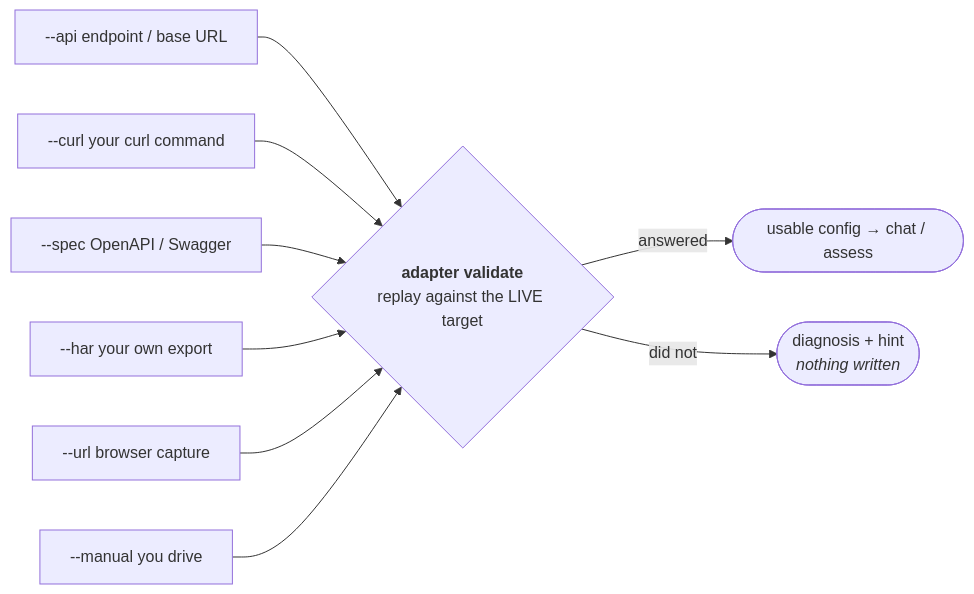
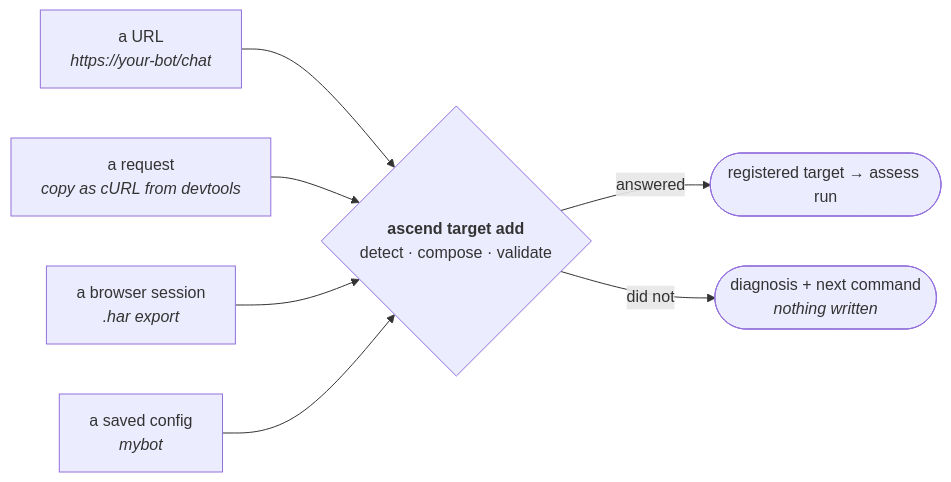
One commit to PhimmStraiker/ascend-cli changed the fifth of 5 diagrams in docs/ARCHITECTURE.md. Above: the diagram before and after it, drawn with Mermaid. The commit also changed other lines of this file and 33 other files, not shown here.

First line of the commit message:
Resolve configs consistently, and make the docs and diagrams describe 1.1 (#29)

````diff
--- a/docs/ARCHITECTURE.md
+++ b/docs/ARCHITECTURE.md
@@ -137,12 +148,10 @@
 ```mermaid
 flowchart LR
-    A["--api  endpoint / base URL"] --> V
-    B["--curl your curl command"] --> V
-    C["--spec OpenAPI / Swagger"] --> V
-    D["--har  your own export"] --> V
-    E["--url  browser capture"] --> V
-    F["--manual you drive"] --> V
-    V{"<b>adapter validate</b><br/>replay against the LIVE target"}
-    V -- answered --> S(["usable config → chat / assess"])
-    V -- did not --> R(["diagnosis + hint<br/><i>nothing written</i>"])
+    A["a URL<br/><i>https://your-bot/chat</i>"] --> D
+    B["a request<br/><i>copy as cURL from devtools</i>"] --> D
+    C["a browser session<br/><i>.har export</i>"] --> D
+    E["a saved config<br/><i>mybot</i>"] --> D
+    D{"<b>ascend target add</b><br/>detect · compose · validate"}
+    D -- answered --> S(["registered target → assess run"])
+    D -- did not --> R(["diagnosis + next command<br/><i>nothing written</i>"])
 ```
````
